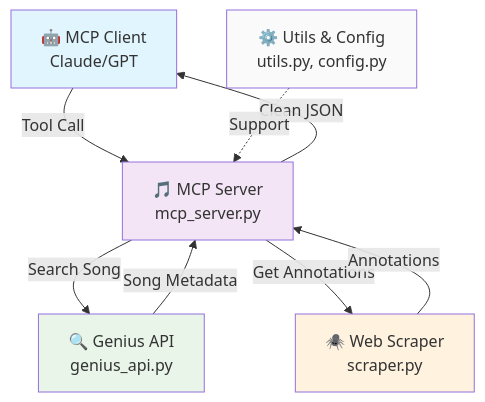
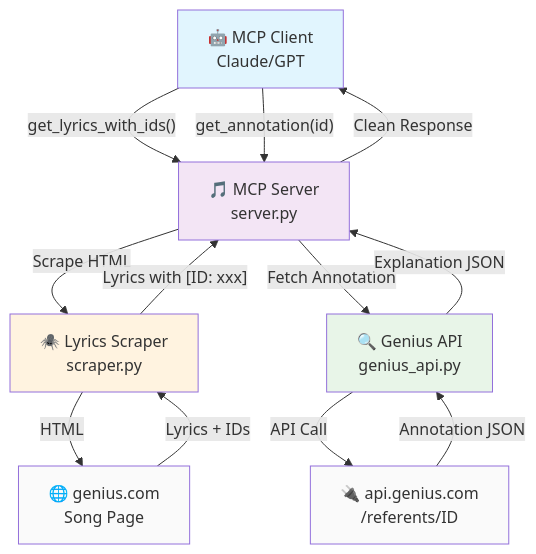
The diagram in README.md (or-ben-harosh/genius_mcp), drawn with Mermaid before and after one commit. The commit also changed other lines of this file, not shown here.

````diff
--- a/README.md
+++ b/README.md
@@ -15,17 +15,26 @@
 ```mermaid
 graph TD
-    A[🤖 MCP Client<br/>Claude/GPT] -->|"Tool Call"| B[🎵 MCP Server<br/>mcp_server.py]
-    B -->|"Search Song"| C[🔍 Genius API<br/>genius_api.py]
-    B -->|"Get Annotations"| D[🕷️ Web Scraper<br/>scraper.py] 
-    C -->|"Song Metadata"| B
-    D -->|"Annotations"| B
-    B -->|"Clean JSON"| A
+    A[🤖 MCP Client<br/>Claude/GPT] -->|"get_lyrics_with_ids()"| B[🎵 MCP Server<br/>server.py]
+    A -->|"get_annotation(id)"| B
     
-    E[⚙️ Utils & Config<br/>utils.py, config.py] -.->|"Support"| B
+    B -->|"Scrape HTML"| C[🕷️ Lyrics Scraper<br/>scraper.py]
+    B -->|"Fetch Annotation"| D[🔍 Genius API<br/>genius_api.py]
+    
+    C -->|"HTML"| E[🌐 genius.com<br/>Song Page]
+    D -->|"API Call"| F[🔌 api.genius.com<br/>/referents/ID]
+    
+    E -->|"Lyrics + IDs"| C
+    F -->|"Annotation JSON"| D
+    
+    C -->|"Lyrics with [ID: xxx]"| B
+    D -->|"Explanation JSON"| B
+    
+    B -->|"Clean Response"| A
     
     style A fill:#e1f5fe
     style B fill:#f3e5f5
-    style C fill:#e8f5e8
-    style D fill:#fff3e0
+    style C fill:#fff3e0
+    style D fill:#e8f5e8
     style E fill:#fafafa
+    style F fill:#fafafa
 ```
````
